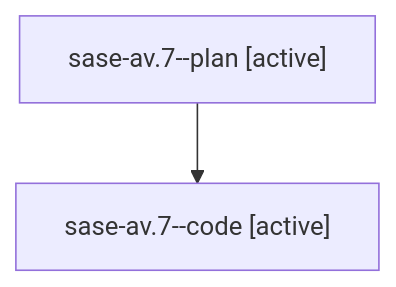
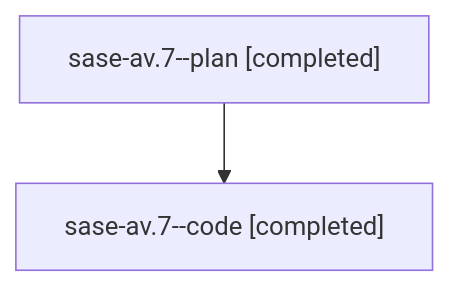
One commit to sase-org/sase--agents changed the diagram in families/bbugyi200.athena.sase-av.7.md. Above: the diagram before and after it, drawn with Mermaid. The commit also changed other lines of this file and 27 other files, not shown here.

````diff
--- a/families/bbugyi200.athena.sase-av.7.md
+++ b/families/bbugyi200.athena.sase-av.7.md
@@ -9,6 +9,6 @@
 ```mermaid
 flowchart TD
-  n0["sase-av.7--plan [active]"]
-  n1["sase-av.7--code [active]"]
+  n0["sase-av.7--plan [completed]"]
+  n1["sase-av.7--code [completed]"]
   n0 --> n1
 ```
````
